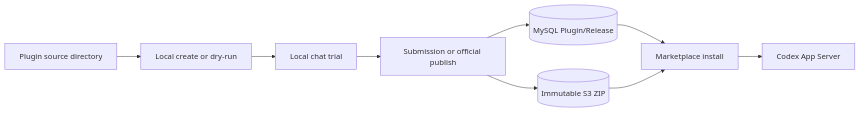
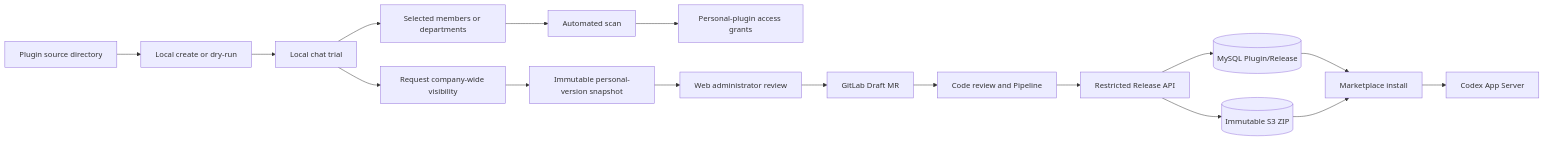
One commit to wecode-ai/Wegent changed the diagram in docs/en/wework/developer-guide/wework-plugin-marketplace-dev.md. Above: the diagram before and after it, drawn with Mermaid. The commit also changed other lines of this file and 115 other files, not shown here.

````diff
--- a/docs/en/wework/developer-guide/wework-plugin-marketplace-dev.md
+++ b/docs/en/wework/developer-guide/wework-plugin-marketplace-dev.md
@@ -24,11 +26,19 @@
 ```mermaid
 flowchart LR
   source[Plugin source directory] --> local[Local create or dry-run]
   local --> test[Local chat trial]
-  test --> publish[Submission or official publish]
-  publish --> mysql[(MySQL Plugin/Release)]
-  publish --> s3[(Immutable S3 ZIP)]
+  test --> share[Selected members or departments]
+  share --> scan[Automated scan]
+  scan --> acl[Personal-plugin access grants]
+  test --> apply[Request company-wide visibility]
+  apply --> snapshot[Immutable personal-version snapshot]
+  snapshot --> admin[Web administrator review]
+  admin --> mr[GitLab Draft MR]
+  mr --> pipeline[Code review and Pipeline]
+  pipeline --> release[Restricted Release API]
+  release --> mysql[(MySQL Plugin/Release)]
+  release --> s3[(Immutable S3 ZIP)]
   mysql --> install[Marketplace install]
   s3 --> install
   install --> codex[Codex App Server]
 ```
````
